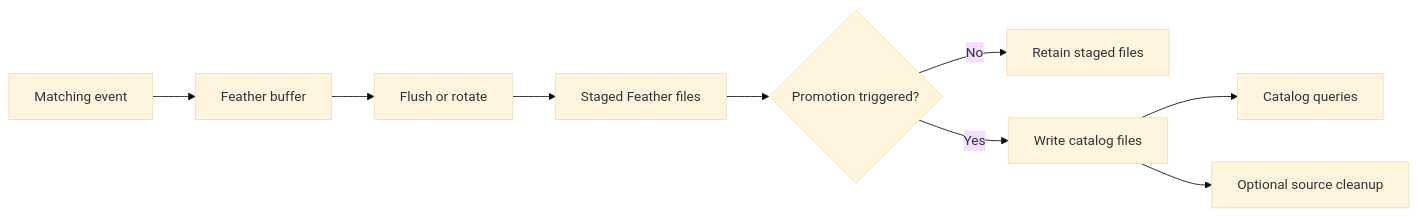
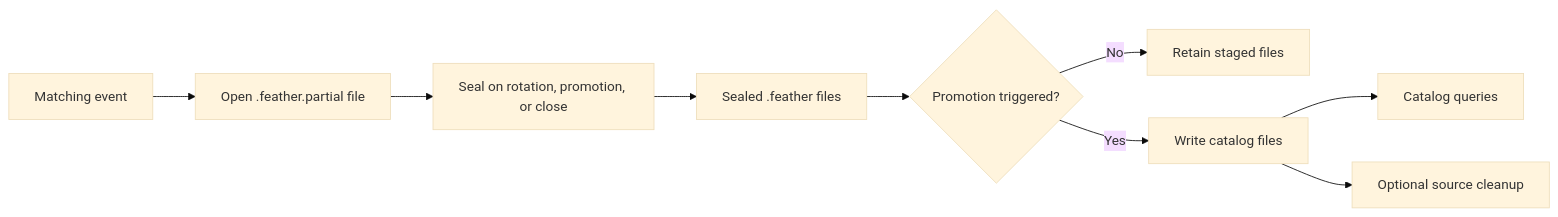
One commit to nautechsystems/nautilus_trader changed the diagram in docs/how_to/stream_parquet_catalog.md. Above: the diagram before and after it, drawn with Mermaid (base theme). The commit also changed other lines of this file and 32 other files, not shown here.

First line of the commit message:
Fix streaming Feather writer sealing a new file per flush

````diff
--- a/docs/how_to/stream_parquet_catalog.md
+++ b/docs/how_to/stream_parquet_catalog.md
@@ -46,11 +47,11 @@
 ```mermaid
 flowchart LR
-    Event[Matching event] --> Buffer[Feather buffer]
-    Buffer --> Flush[Flush or rotate]
-    Flush --> Stage[Staged Feather files]
+    Event[Matching event] --> Open[Open .feather.partial file]
+    Open --> Seal[Seal on rotation, promotion, or close]
+    Seal --> Stage[Sealed .feather files]
     Stage --> Trigger{Promotion triggered?}
     Trigger -->|No| Retain[Retain staged files]
     Trigger -->|Yes| Commit[Write catalog files]
     Commit --> Query[Catalog queries]
     Commit --> Cleanup[Optional source cleanup]
 ```
````
